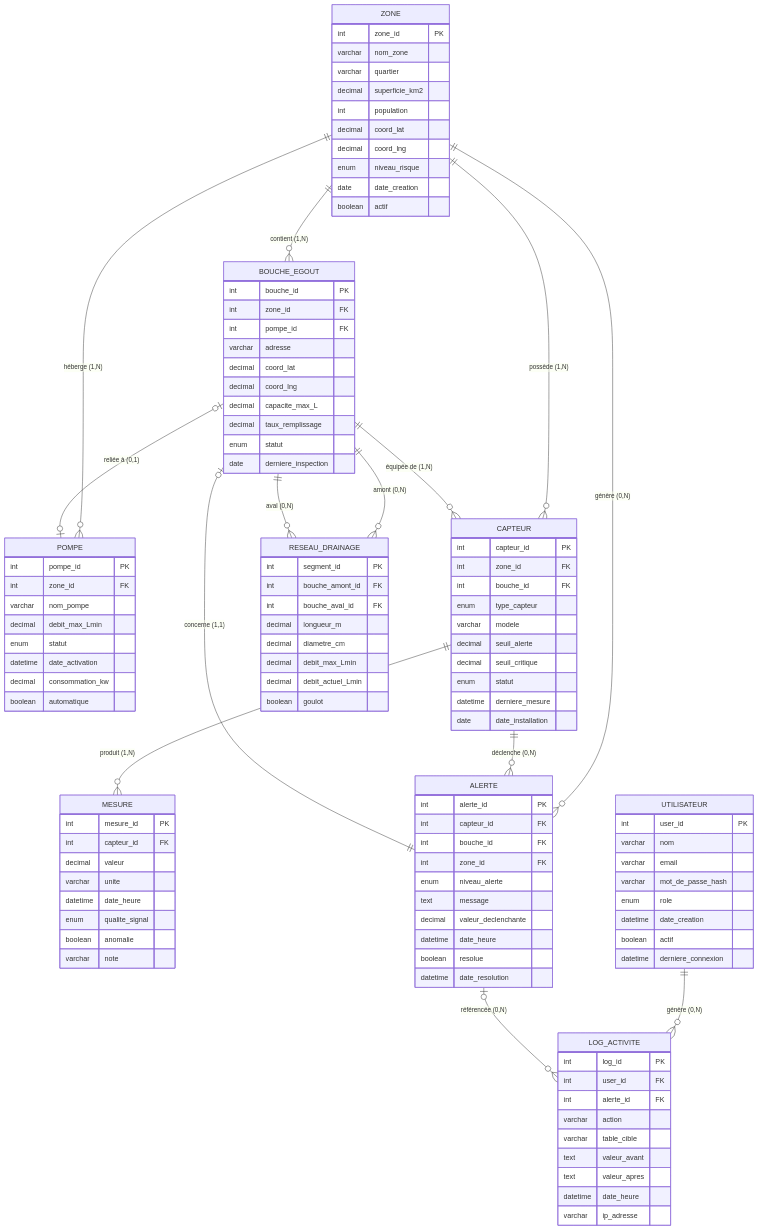
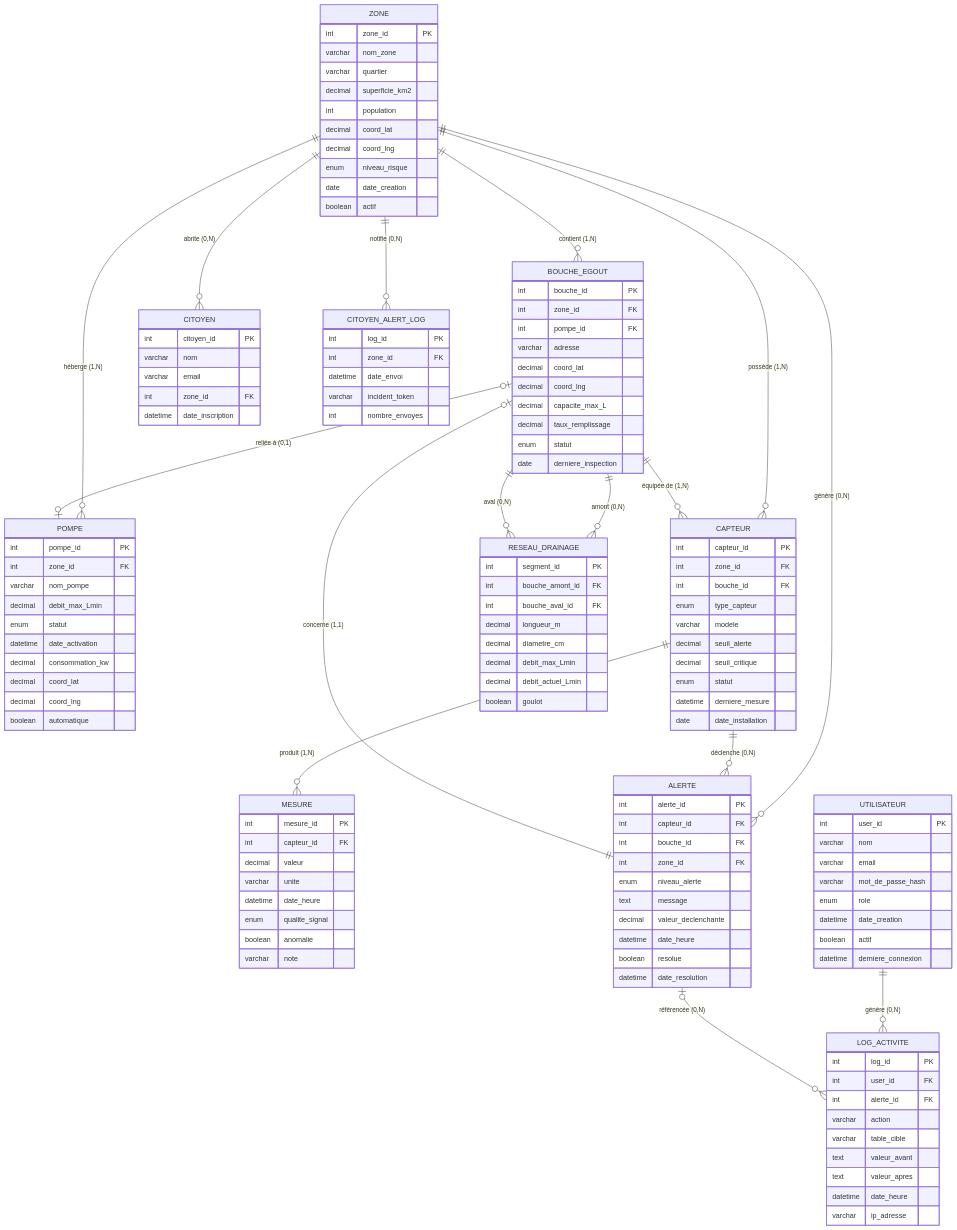
Before and after one commit to Abdelaali-belaajin/urba-drain-agadir: the diagram in team_of_ia/docs/MCD/MCD.md, drawn with Mermaid. The commit also changed other lines of this file and 3 other files, not shown here.

```diff
--- a/team_of_ia/docs/MCD/MCD.md
+++ b/team_of_ia/docs/MCD/MCD.md
@@ -198,6 +224,8 @@
         enum statut
         datetime date_activation
         decimal consommation_kw
+        decimal coord_lat
+        decimal coord_lng
         boolean automatique
     }
     BOUCHE_EGOUT {
@@ -277,11 +305,27 @@
         datetime date_heure
         varchar ip_adresse
     }
+    CITOYEN {
+        int citoyen_id PK
+        varchar nom
+        varchar email
+        int zone_id FK
+        datetime date_inscription
+    }
+    CITOYEN_ALERT_LOG {
+        int log_id PK
+        int zone_id FK
+        datetime date_envoi
+        varchar incident_token
+        int nombre_envoyes
+    }
 
     ZONE          ||--o{ POMPE            : "héberge (1,N)"
     ZONE          ||--o{ BOUCHE_EGOUT     : "contient (1,N)"
     ZONE          ||--o{ CAPTEUR          : "possède (1,N)"
     ZONE          ||--o{ ALERTE           : "génère (0,N)"
+    ZONE          ||--o{ CITOYEN          : "abrite (0,N)"
+    ZONE          ||--o{ CITOYEN_ALERT_LOG : "notifie (0,N)"
     BOUCHE_EGOUT  ||--o{ CAPTEUR          : "équipée de (1,N)"
     BOUCHE_EGOUT  |o--o| POMPE            : "reliée à (0,1)"
     BOUCHE_EGOUT  ||--o{ RESEAU_DRAINAGE  : "amont (0,N)"
```
